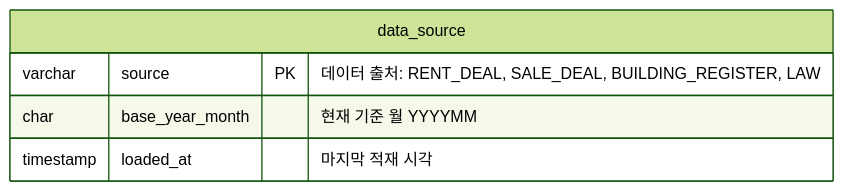
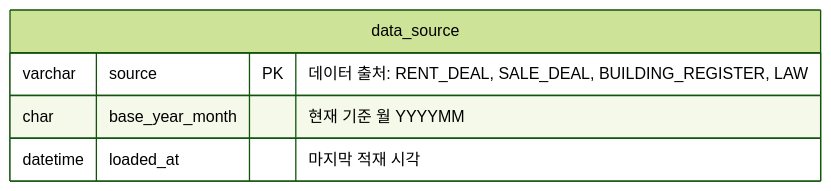
The eighth of 8 diagrams in docs/erd.md (f-lab-edu/jipsee), drawn with Mermaid (forest theme) before and after one commit. The commit also changed other lines of this file and 1 other file, not shown here.

Commit message:
docs: 시각 컬럼 DATETIME 전환, 원본 보존 문구 정정, 사용승인일 없는 경우 연도 대조 생략

````diff
--- a/docs/erd.md
+++ b/docs/erd.md
@@ -203,8 +203,8 @@
 ```mermaid
 erDiagram
     data_source {
         varchar source PK "데이터 출처: RENT_DEAL, SALE_DEAL, BUILDING_REGISTER, LAW"
         char base_year_month "현재 기준 월 YYYYMM"
-        timestamp loaded_at "마지막 적재 시각"
+        datetime loaded_at "마지막 적재 시각"
     }
 ```
````
